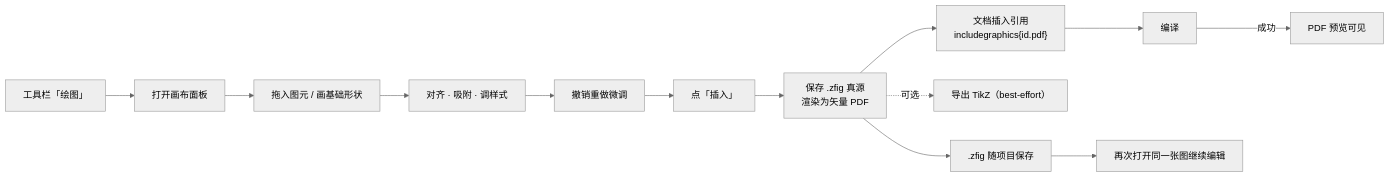
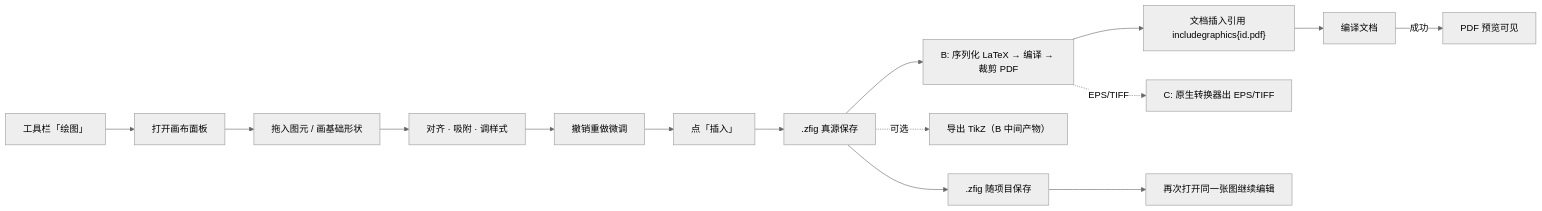
Before and after one commit to Wastarch/Zetla: the diagram in docs/绘图模块.md, drawn with Mermaid (neutral theme). The commit also changed other lines of this file and 1 other file, not shown here.

Commit message:
docs(plan): 新增绘图模块技术方案，对齐 PRD v0.4 与 B+C 渲染后端

````diff
--- a/docs/绘图模块.md
+++ b/docs/绘图模块.md
@@ -100,15 +101,17 @@
 ```mermaid
 flowchart LR
   A["工具栏「绘图」"] --> B["打开画布面板"]
   B --> C["拖入图元 / 画基础形状"]
   C --> D["对齐 · 吸附 · 调样式"]
   D --> E["撤销重做微调"]
   E --> F["点「插入」"]
-  F --> G["保存 .zfig 真源<br/>渲染为矢量 PDF"]
-  G --> H["文档插入引用<br/>includegraphics{id.pdf}"]
-  H --> I["编译"]
-  I -->|成功| J["PDF 预览可见"]
-  G -.可选.-> K["导出 TikZ（best-effort）"]
-  G --> L[".zfig 随项目保存"]
-  L --> M["再次打开同一张图继续编辑"]
+  F --> G[".zfig 真源保存"]
+  G --> H["B: 序列化 LaTeX → 编译 → 裁剪 PDF"]
+  H --> I["文档插入引用 includegraphics{id.pdf}"]
+  I --> J["编译文档"]
+  J -->|成功| K["PDF 预览可见"]
+  H -.EPS/TIFF.-> L["C: 原生转换器出 EPS/TIFF"]
+  G -.可选.-> M["导出 TikZ（B 中间产物）"]
+  G --> N[".zfig 随项目保存"]
+  N --> O["再次打开同一张图继续编辑"]
 ```
````
